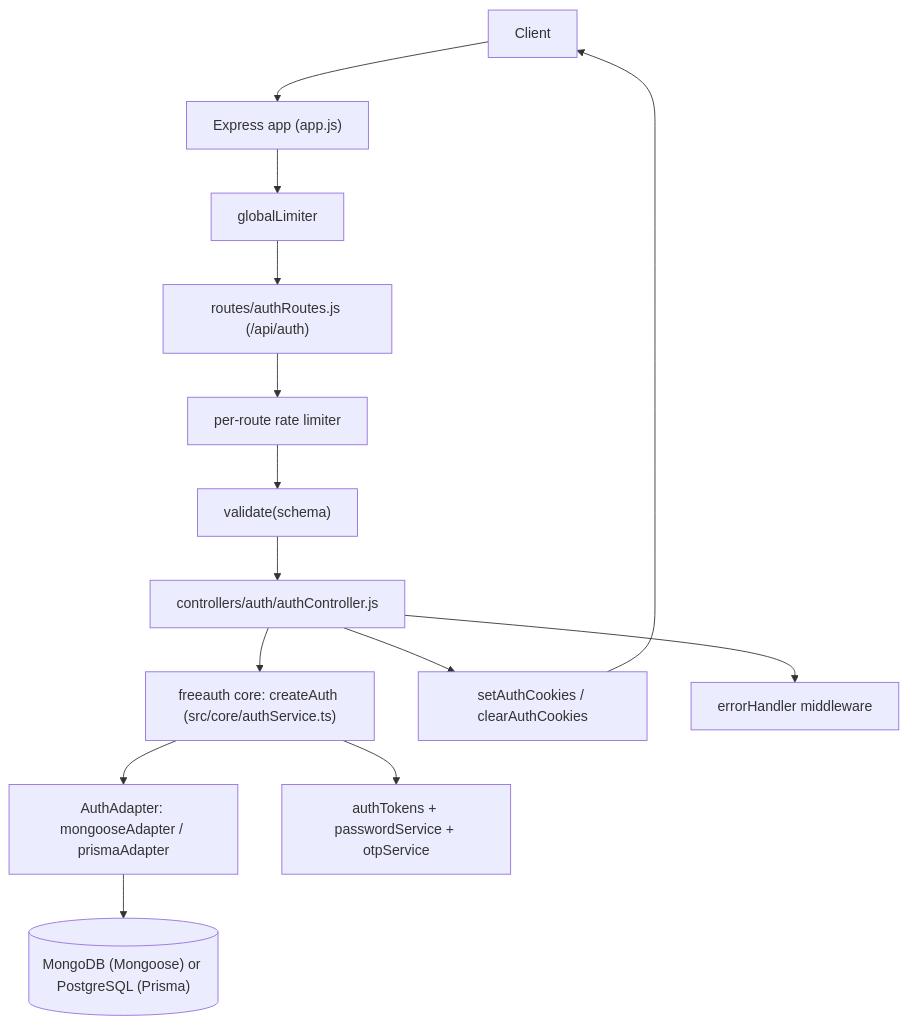
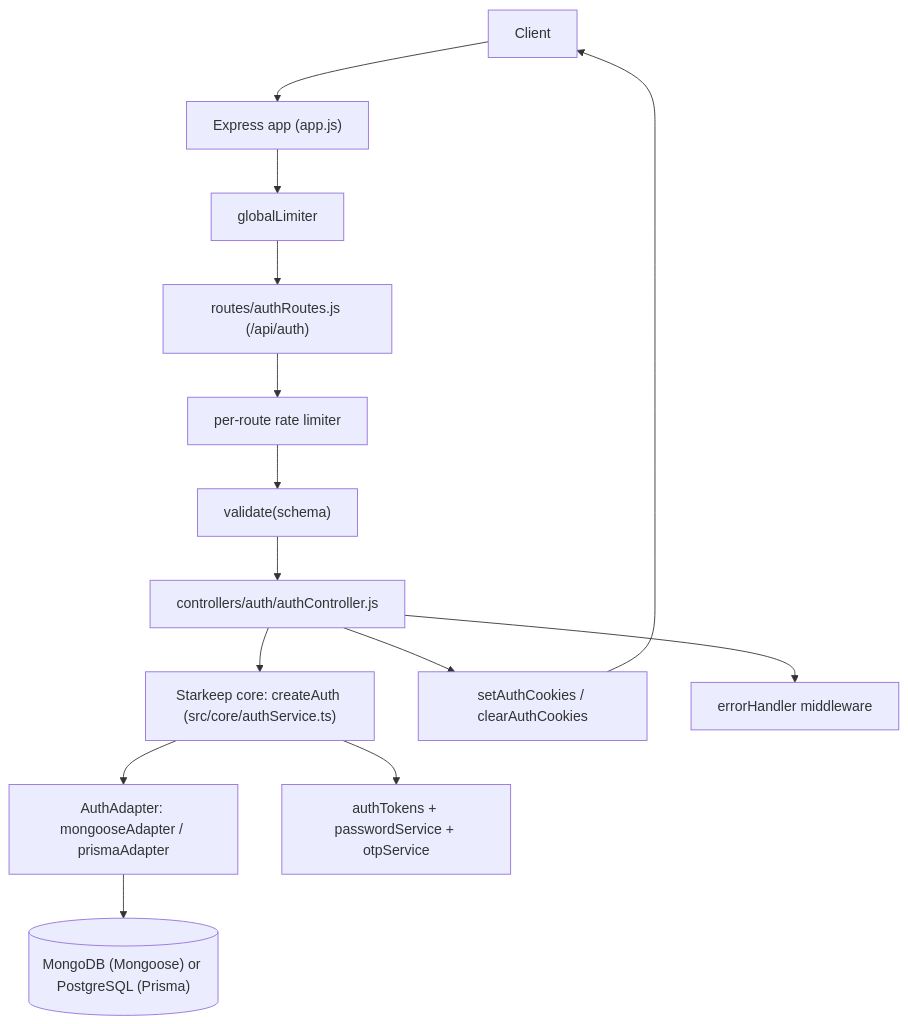
One commit to abdrahman-dev/freeauth changed the first of 3 diagrams in doc/backend.md. Above: the diagram before and after it, drawn with Mermaid. The commit also changed other lines of this file and 20 other files, not shown here.

Commit message:
chore: rename FreeAuth to Starkeep (#4)

````diff
--- a/doc/backend.md
+++ b/doc/backend.md
@@ -64,16 +64,16 @@
 ```mermaid
 flowchart TD
     Client --> ExpressApp["Express app (app.js)"]
     ExpressApp --> GlobalLimiter["globalLimiter"]
     GlobalLimiter --> Router["routes/authRoutes.js (/api/auth)"]
     Router --> RouteLimiter["per-route rate limiter"]
     RouteLimiter --> Validate["validate(schema)"]
     Validate --> Controller["controllers/auth/authController.js"]
-    Controller --> Core["freeauth core: createAuth (src/core/authService.ts)"]
+    Controller --> Core["Starkeep core: createAuth (src/core/authService.ts)"]
     Core --> Adapter["AuthAdapter: mongooseAdapter / prismaAdapter"]
     Adapter --> DB[("MongoDB (Mongoose) or PostgreSQL (Prisma)")]
     Core --> Tokens["authTokens + passwordService + otpService"]
     Controller --> Cookies["setAuthCookies / clearAuthCookies"]
     Cookies --> Client
     Controller --> ErrorMW["errorHandler middleware"]
 ```
````
